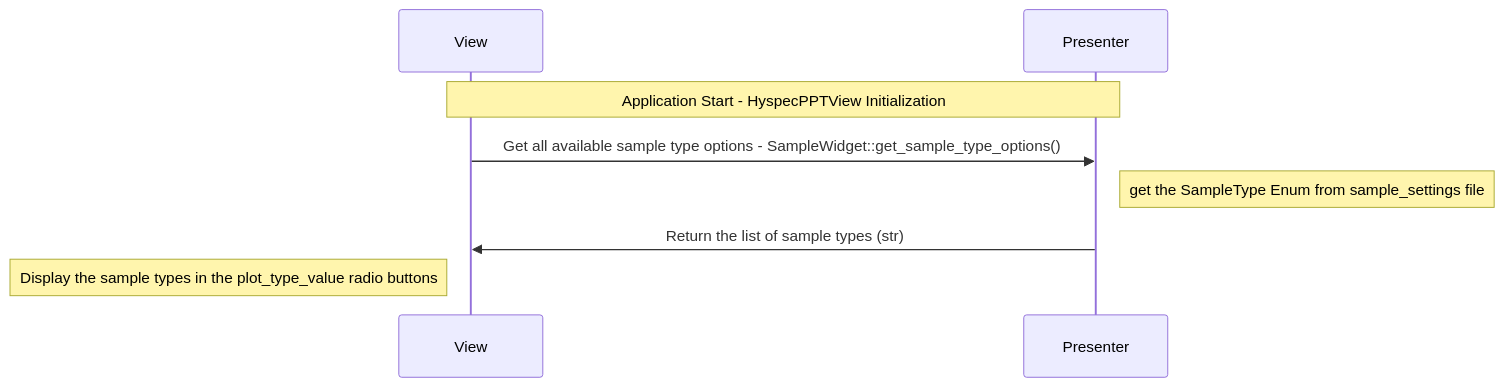
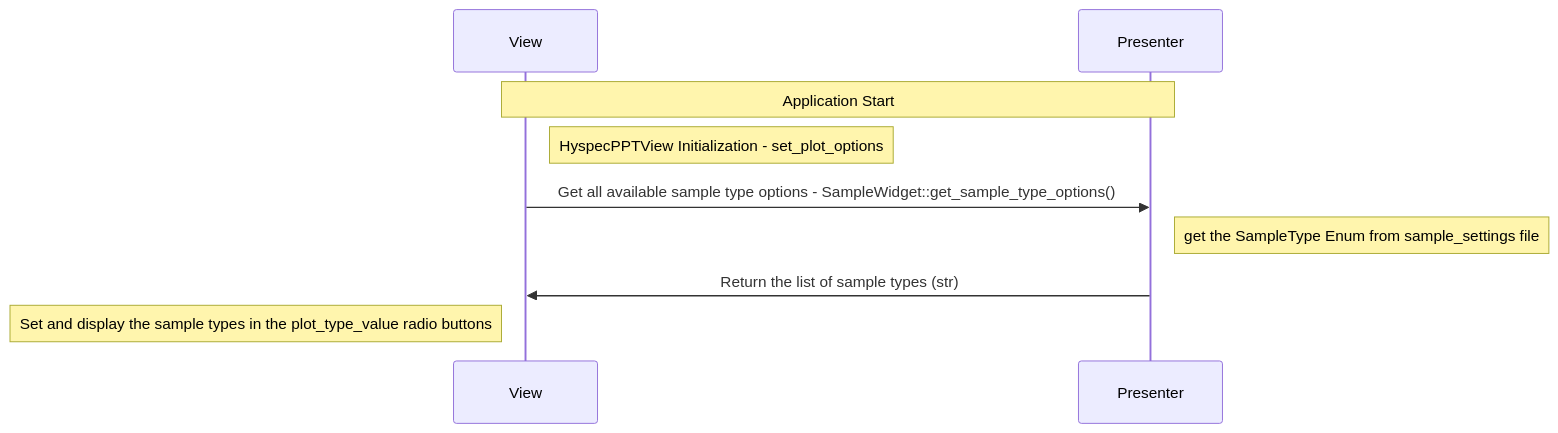
One commit to neutrons/hyspecppt changed the fifth of 9 diagrams in docs/source/design/hyspecpptclasses.rst. Above: the diagram before and after it, drawn with Mermaid. The commit also changed other lines of this file, not shown here.

Commit message:
presenter function workflow definitions, in progress

```diff
--- a/docs/source/design/hyspecpptclasses.rst
+++ b/docs/source/design/hyspecpptclasses.rst
@@ -503,11 +473,12 @@
     .. mermaid::
 
         sequenceDiagram
             participant View
             participant Presenter
 
-            Note over View,Presenter: Application Start - HyspecPPTView Initialization
+            Note over View,Presenter: Application Start
+            Note right of View: HyspecPPTView Initialization - set_plot_options
             View->>Presenter: Get all available sample type options - SampleWidget::get_sample_type_options()
             Note right of Presenter: get the SampleType Enum from sample_settings file
             Presenter->>View: Return the list of sample types (str)
-            Note left of View: Display the sample types in the plot_type_value radio buttons
+            Note left of View: Set and display the sample types in the plot_type_value radio buttons
```
